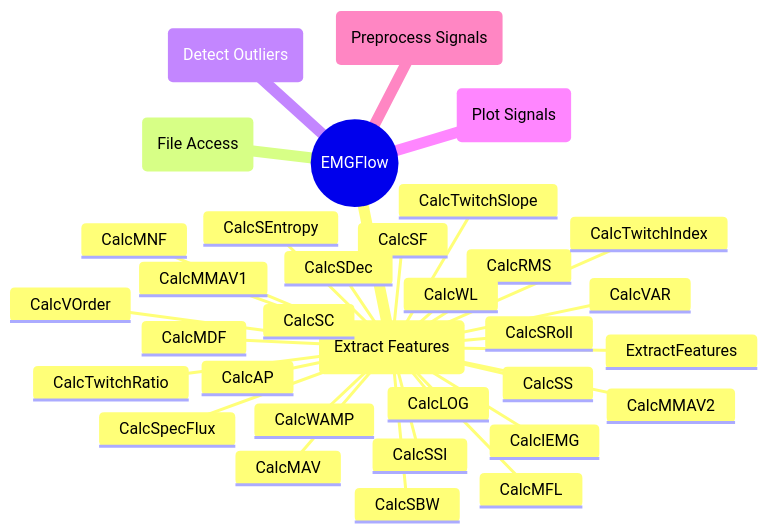
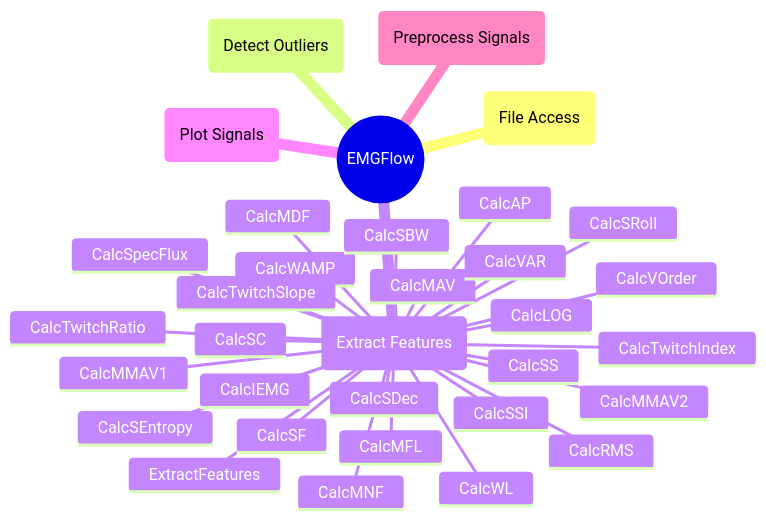
Before and after one commit to WiIIson/EMGFlow-Python-Package: the diagram in docs/reference/feature-extraction.md, drawn with Mermaid. The commit also changed other lines of this file and 8 other files, not shown here.

````diff
--- a/docs/reference/feature-extraction.md
+++ b/docs/reference/feature-extraction.md
@@ -7,36 +7,36 @@
 ```mermaid
 mindmap
     root((EMGFlow))
+        FA(File Access)
+        DO(Detect Outliers)
         EF(Extract Features)
             CalcIEMG
             CalcMAV
             CalcMMAV1
             CalcMMAV2
             CalcSSI
             CalcVAR
             CalcVOrder
             CalcRMS
             CalcWL
             CalcWAMP
             CalcLOG
             CalcMFL
             CalcAP
             CalcSpecFlux
             CalcMDF
             CalcMNF
             CalcTwitchRatio
             CalcTwitchIndex
             CalcTwitchSlope
             CalcSC
             CalcSF
             CalcSS
             CalcSDec
             CalcSEntropy
             CalcSRoll
             CalcSBW
             ExtractFeatures
-        FA(File Access)
-        DO(Detect Outliers)
         PlS(Plot Signals)
         PrS(Preprocess Signals)
 ```
````
